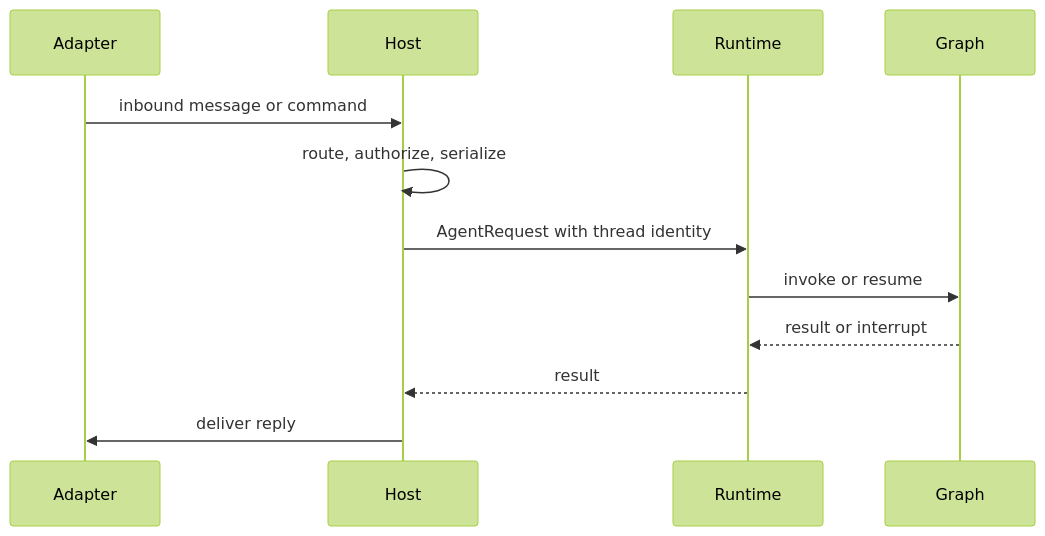
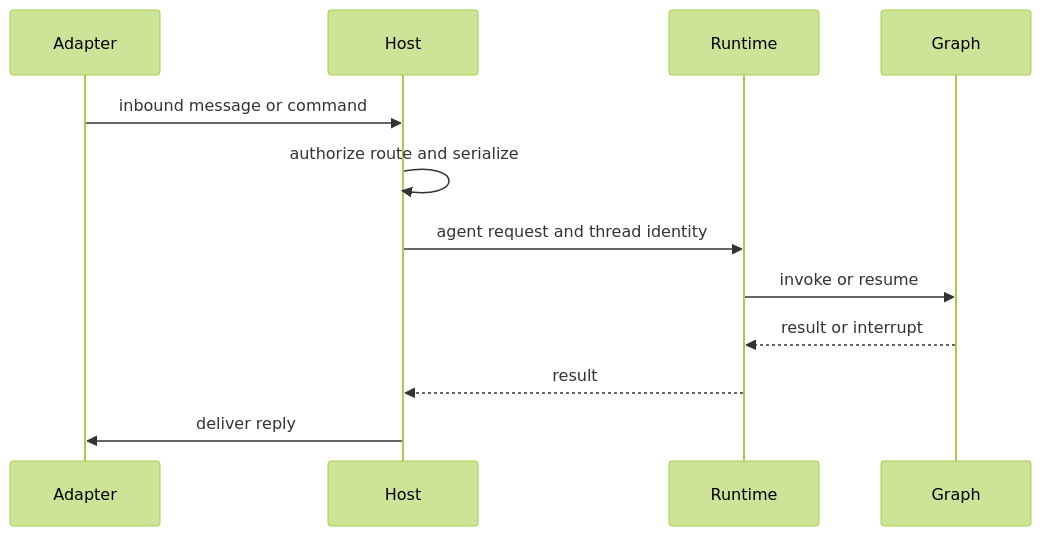
The first of 2 diagrams in openwiki/integrations/talon.md (langchain-ai/deepagents), drawn with Mermaid (forest theme) before and after one commit. The commit also changed other lines of this file and 43 other files, not shown here.

````diff
--- a/openwiki/integrations/talon.md
+++ b/openwiki/integrations/talon.md
@@ -62,14 +64,14 @@
 ```mermaid
 sequenceDiagram
     participant Adapter
     participant Host
     participant Runtime
     participant Graph
     Adapter->>Host: inbound message or command
-    Host->>Host: route, authorize, serialize
-    Host->>Runtime: AgentRequest with thread identity
+    Host->>Host: authorize route and serialize
+    Host->>Runtime: agent request and thread identity
     Runtime->>Graph: invoke or resume
     Graph-->>Runtime: result or interrupt
     Runtime-->>Host: result
     Host->>Adapter: deliver reply
 ```
````
